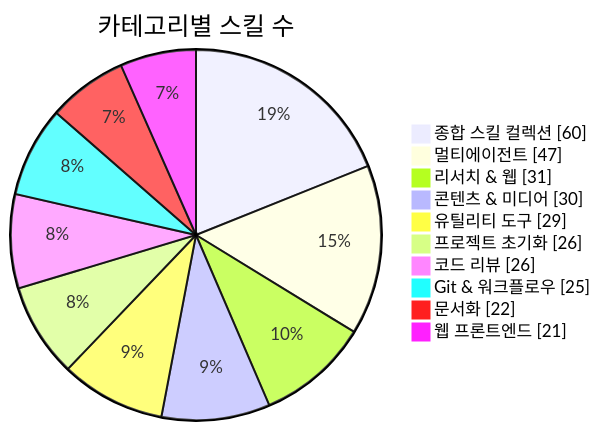
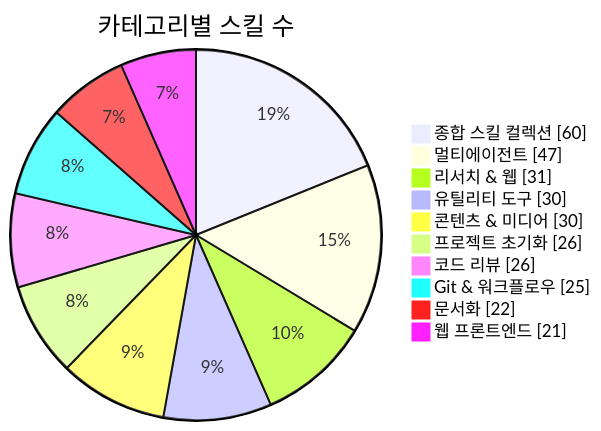
Before and after one commit to J-nowcow/awesome-korean-agent-skills: the first of 3 diagrams in README.md, drawn with Mermaid. The commit also changed other lines of this file and 3 other files, not shown here.

````diff
--- a/README.md
+++ b/README.md
@@ -176,14 +176,14 @@
 ```mermaid
 pie showData
     title 카테고리별 스킬 수
     "종합 스킬 컬렉션" : 60
     "멀티에이전트" : 47
     "리서치 & 웹" : 31
+    "유틸리티 도구" : 30
     "콘텐츠 & 미디어" : 30
-    "유틸리티 도구" : 29
     "프로젝트 초기화" : 26
     "코드 리뷰" : 26
     "Git & 워크플로우" : 25
     "문서화" : 22
     "웹 프론트엔드" : 21
 ```
````
